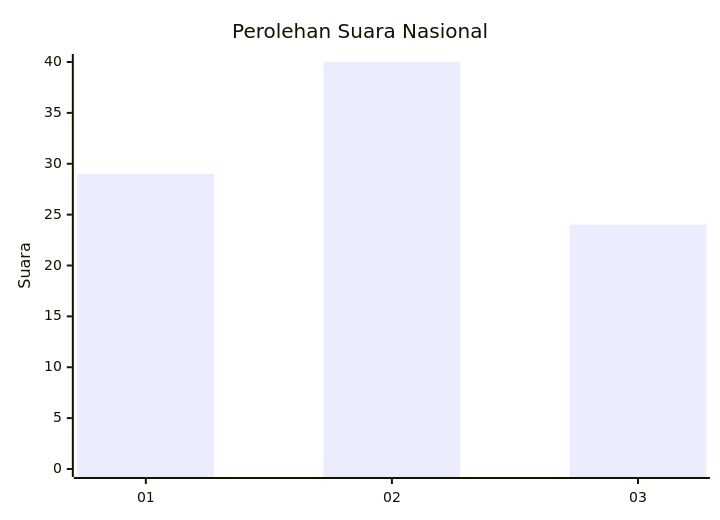
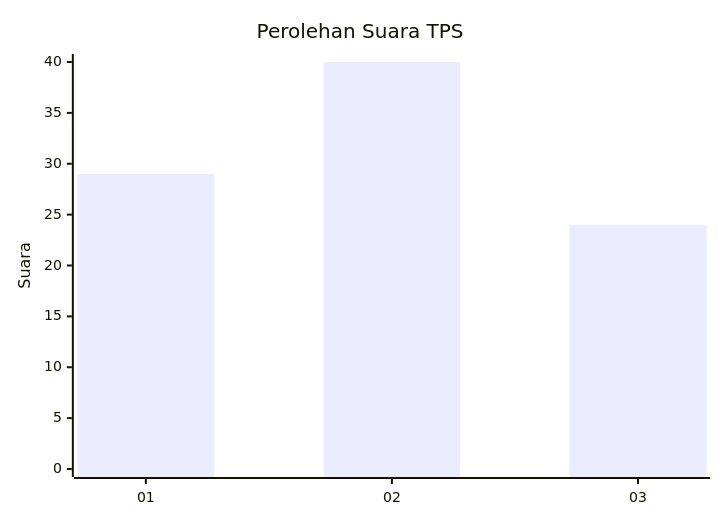
The first of 2 diagrams in pilpres/hitung-suara/sub/13-sumatera-barat/sub/71-kota-padang/sub/01-padang-selatan/sub/1009-rawang/sub/026-tps/README.md (gigit-pemilu/pemilu-2024-13-sumatera-barat), drawn with Mermaid before and after one commit. The commit also changed other lines of this file and 15026 other files, not shown here.

````diff
--- a/pilpres/hitung-suara/sub/13-sumatera-barat/sub/71-kota-padang/sub/01-padang-selatan/sub/1009-rawang/sub/026-tps/README.md
+++ b/pilpres/hitung-suara/sub/13-sumatera-barat/sub/71-kota-padang/sub/01-padang-selatan/sub/1009-rawang/sub/026-tps/README.md
@@ -5,7 +5,7 @@
 ```mermaid
 xychart-beta
-    title "Perolehan Suara Nasional"
+    title "Perolehan Suara TPS"
     x-axis [01, 02, 03]
     y-axis "Suara" 0 --> 40
     bar [29, 40, 24]
 ```
````
